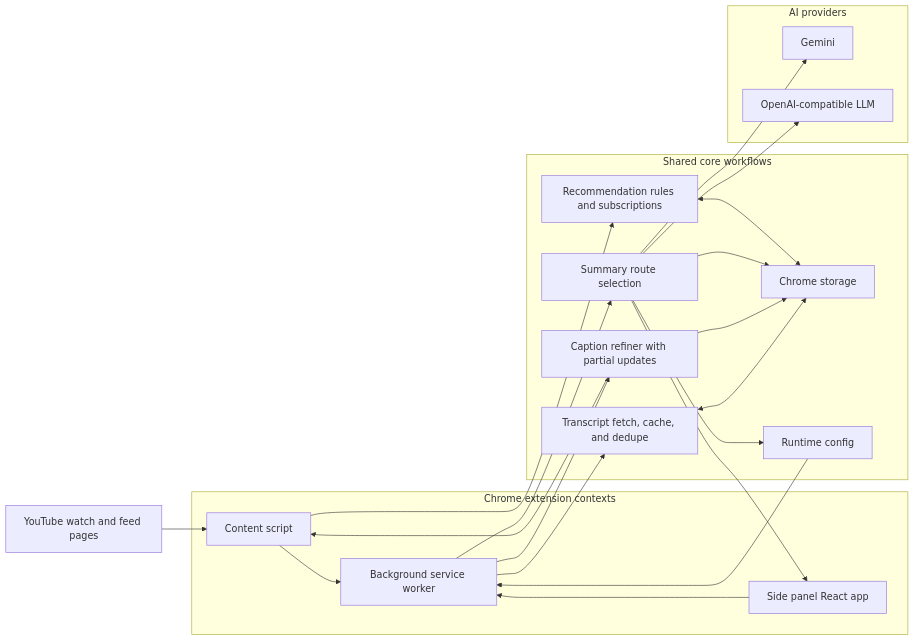
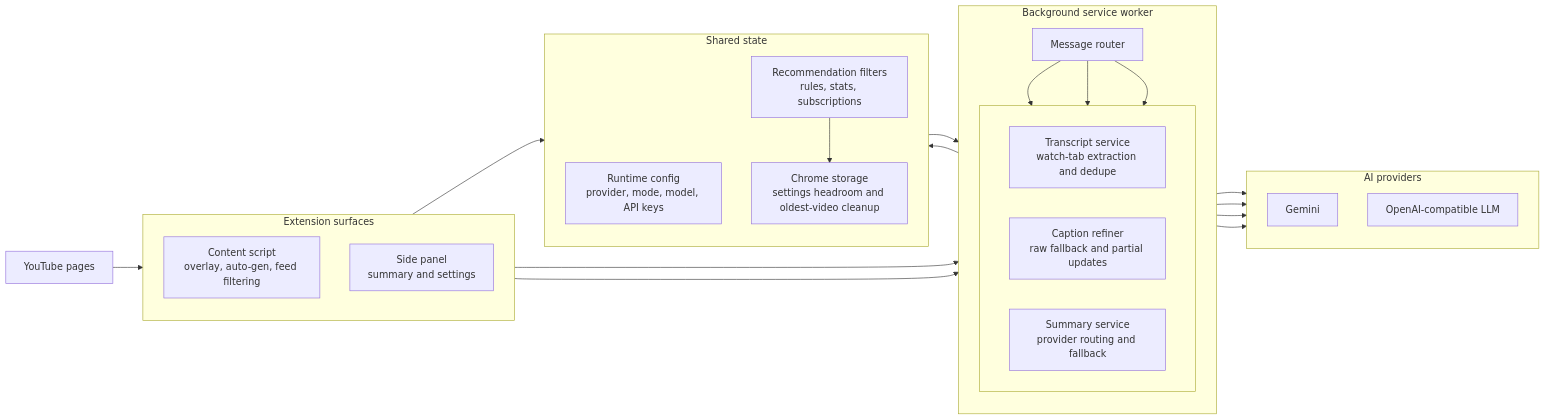
The first of 4 diagrams in README.md (teron131/better-youtube), drawn with Mermaid before and after one commit. The commit also changed other lines of this file and 7 other files, not shown here.

````diff
--- a/README.md
+++ b/README.md
@@ -19,45 +28,53 @@
 ```mermaid
 flowchart LR
     accTitle: Better YouTube extension architecture
-    accDescr: Shows the Chrome extension contexts, shared workflows, storage, and model providers.
+    accDescr: Shows the main extension surfaces, background workflows, shared storage, and AI providers in a clean left-to-right map.
 
-    YT["YouTube watch and feed pages"]
+    YT["YouTube pages"]
 
-    subgraph EXT["Chrome extension contexts"]
-        CS["Content script"]
-        SP["Side panel React app"]
-        BG["Background service worker"]
+    subgraph SURFACES["Extension surfaces"]
+        direction TB
+        CS["Content script<br/>overlay, auto-gen, feed filtering"]
+        SP["Side panel<br/>summary and settings"]
     end
 
-    subgraph CORE["Shared core workflows"]
-        TR["Transcript fetch, cache, and dedupe"]
-        RF["Caption refiner with partial updates"]
-        SR["Summary route selection"]
-        RC["Recommendation rules and subscriptions"]
-        ST["Chrome storage"]
-        CFG["Runtime config"]
+    subgraph WORKER["Background service worker"]
+        direction TB
+        BG["Message router"]
+
+        subgraph SERVICES[" "]
+            direction LR
+            TR["Transcript service<br/>watch-tab extraction and dedupe"]
+            RF["Caption refiner<br/>raw fallback and partial updates"]
+            SR["Summary service<br/>provider routing and fallback"]
+        end
+    end
+
+    subgraph SHARED["Shared state"]
+        direction TB
+        CFG["Runtime config<br/>provider, mode, model, API keys"]
+        RC["Recommendation filters<br/>rules, stats, subscriptions"]
+        ST["Chrome storage<br/>settings headroom and oldest-video cleanup"]
     end
 
     subgraph AI["AI providers"]
+        direction TB
         GM["Gemini"]
         LLM["OpenAI-compatible LLM"]
     end
 
     YT --> CS
     CS --> BG
     SP --> BG
+    CFG --> BG
     CS --> RC
+    RC --> ST
     BG --> TR
     BG --> RF
     BG --> SR
-    TR <--> ST
-    RF --> ST
-    SR --> ST
-    RC <--> ST
-    CFG --> BG
-    SR --> CFG
-    RF --> CS
-    SR --> SP
+    BG --> ST
+    RF --> GM
+    RF --> LLM
     SR --> GM
     SR --> LLM
 ```
````
